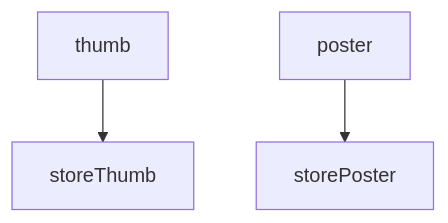
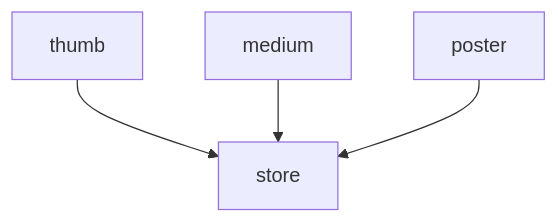
The second of 2 diagrams in packages/workflow.md (chevere/docs), drawn with Mermaid before and after one commit. The commit also changed other lines of this file, not shown here.

````diff
--- a/packages/workflow.md
+++ b/packages/workflow.md
@@ -402,5 +201,6 @@
 ```mermaid
 graph TD;
-    thumb-->storeThumb;
-    poster-->storePoster;
+    thumb-->store;
+    medium-->store;
+    poster-->store;
 ```
````
